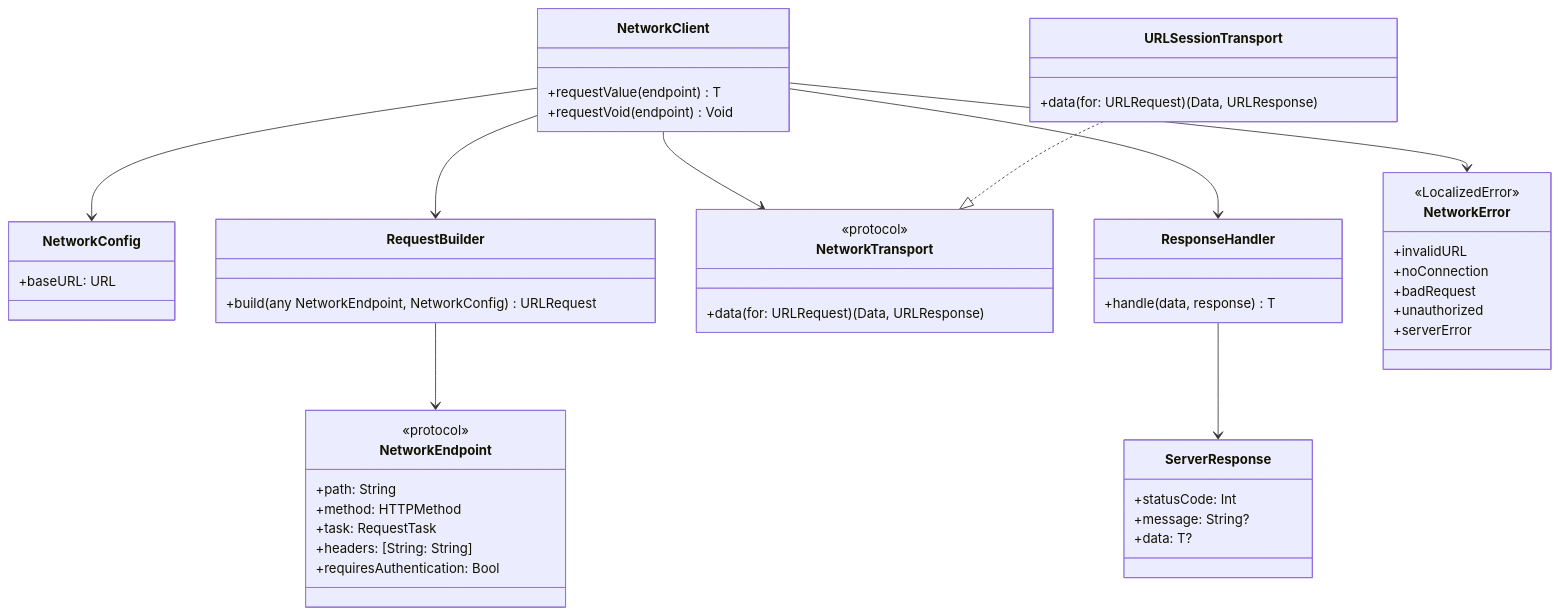
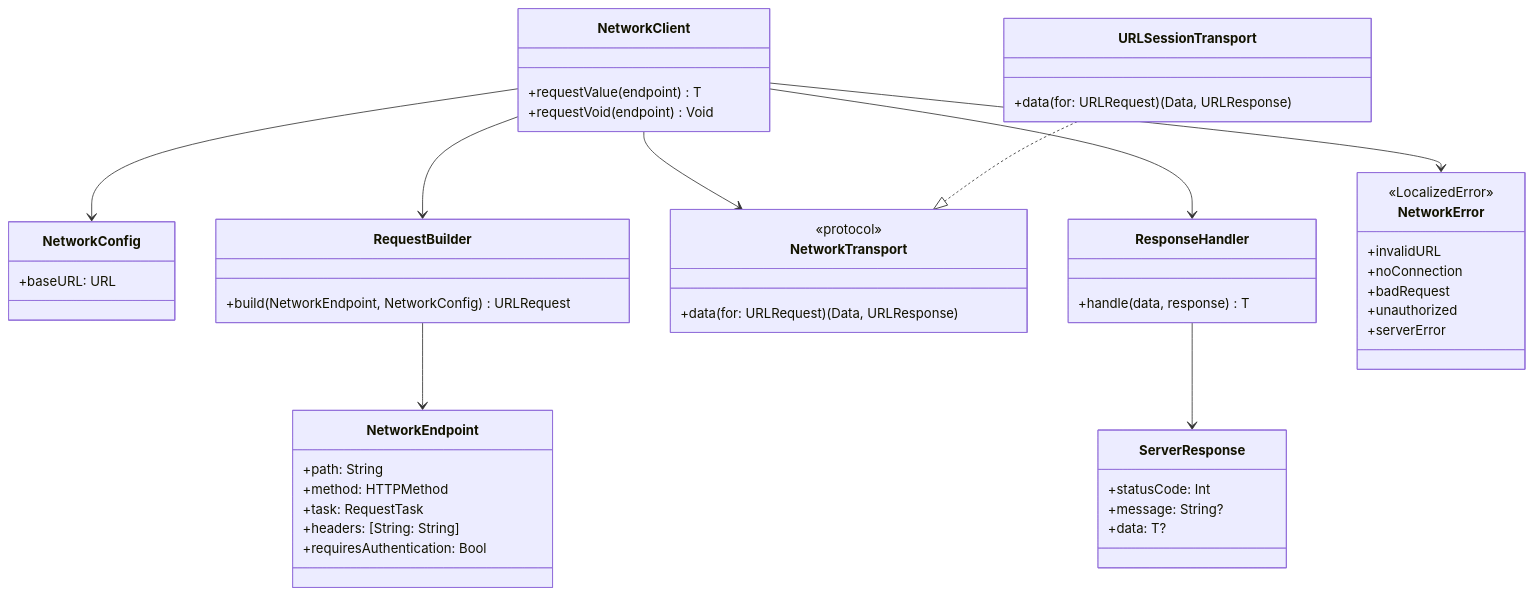
Before and after one commit to mediunn/Livith-iOS: the third of 8 diagrams in Projects/LivithNetworking/README.md, drawn with Mermaid. The commit also changed 10 other files, not shown here.

````diff
--- a/Projects/LivithNetworking/README.md
+++ b/Projects/LivithNetworking/README.md
@@ -51,61 +51,60 @@
 ```mermaid
 classDiagram
     class NetworkClient {
         +requestValue(endpoint) T
         +requestVoid(endpoint) Void
     }
 
     class NetworkConfig {
         +baseURL: URL
     }
 
     class NetworkEndpoint {
-        <<protocol>>
         +path: String
         +method: HTTPMethod
         +task: RequestTask
         +headers: [String: String]
         +requiresAuthentication: Bool
     }
 
     class RequestBuilder {
-        +build(any NetworkEndpoint, NetworkConfig) URLRequest
+        +build(NetworkEndpoint, NetworkConfig) URLRequest
     }
 
     class NetworkTransport {
         <<protocol>>
         +data(for: URLRequest) (Data, URLResponse)
     }
 
     class URLSessionTransport {
         +data(for: URLRequest) (Data, URLResponse)
     }
 
     class ResponseHandler {
         +handle(data, response) T
     }
 
     class NetworkError {
         <<LocalizedError>>
         +invalidURL
         +noConnection
         +badRequest
         +unauthorized
         +serverError
     }
 
     class ServerResponse {
         +statusCode: Int
         +message: String?
         +data: T?
     }
 
     NetworkClient --> NetworkConfig
     NetworkClient --> RequestBuilder
     NetworkClient --> NetworkTransport
     NetworkClient --> ResponseHandler
     NetworkClient --> NetworkError
     URLSessionTransport ..|> NetworkTransport
     RequestBuilder --> NetworkEndpoint
     ResponseHandler --> ServerResponse
 ```
````
